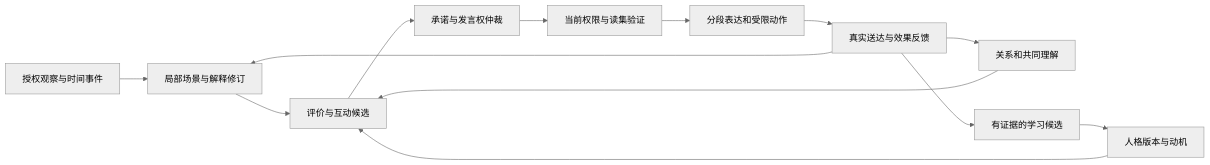
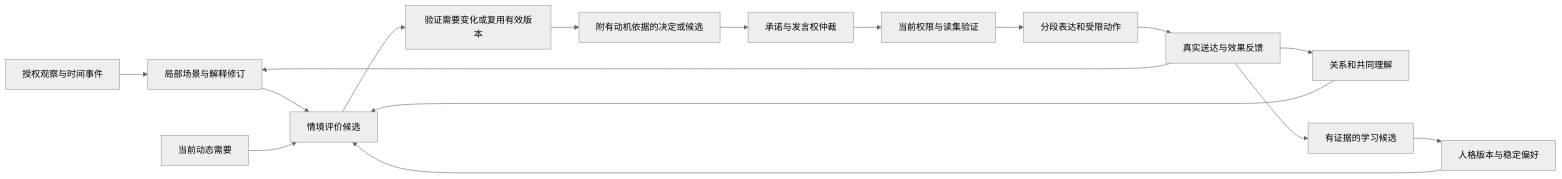
One commit to proj-alia/archvision changed the diagram in docs/appendices/15-SITUATED-BEHAVIOR.md. Above: the diagram before and after it, drawn with Mermaid (neutral theme). The commit also changed other lines of this file and 61 other files, not shown here.

````diff
--- a/docs/appendices/15-SITUATED-BEHAVIOR.md
+++ b/docs/appendices/15-SITUATED-BEHAVIOR.md
@@ -16,15 +16,18 @@
 ```mermaid
 flowchart LR
   O[授权观察与时间事件] --> W[局部场景与解释修订]
-  W --> A[评价与互动候选]
-  P[人格版本与动机] --> A
+  W --> A[情境评价候选]
+  P[人格版本与稳定偏好] --> A
   R[关系和共同理解] --> A
-  A --> C[承诺与发言权仲裁]
+  N[当前动态需要] --> A
+  A --> U[验证需要变化或复用有效版本]
+  U --> M[附有动机依据的决定或候选]
+  M --> C[承诺与发言权仲裁]
   C --> V[当前权限与读集验证]
   V --> X[分段表达和受限动作]
   X --> F[真实送达与效果反馈]
   F --> W
   F --> R
   F --> L[有证据的学习候选]
   L --> P
 ```
````
